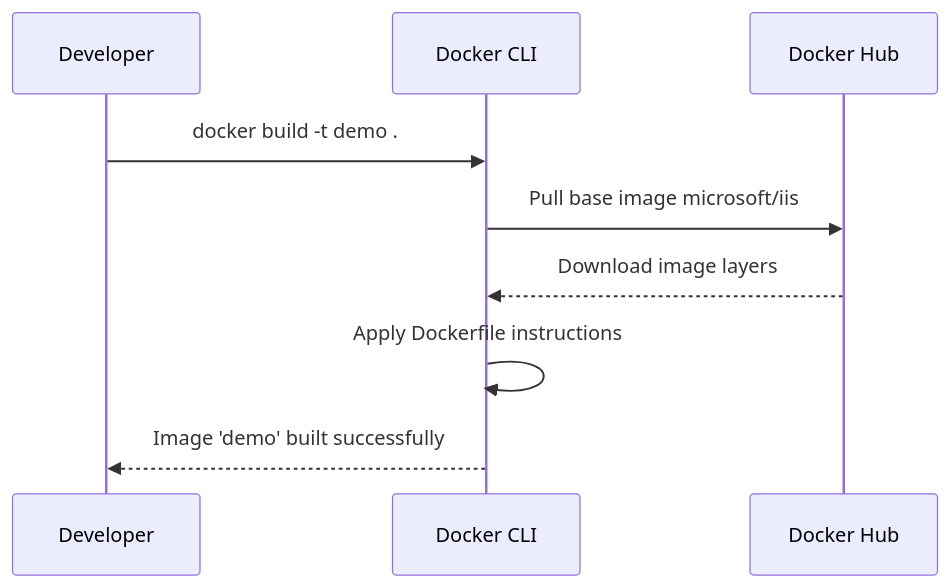
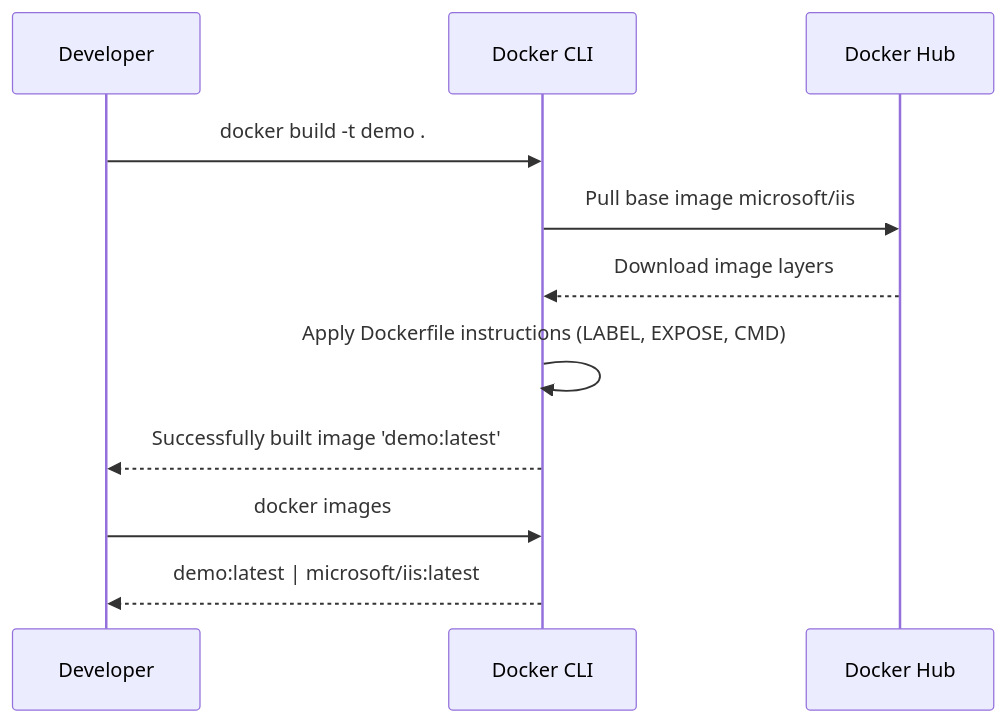
One commit to ajeetchouksey/ajch_platform changed the sixth of 9 diagrams in public/content/blog/posts/docker-3.md. Above: the diagram before and after it, drawn with Mermaid. The commit also changed other lines of this file and 3 other files, not shown here.

````diff
--- a/public/content/blog/posts/docker-3.md
+++ b/public/content/blog/posts/docker-3.md
@@ -171,11 +168,13 @@
 ```mermaid
 sequenceDiagram
   participant Dev as Developer
   participant CLI as Docker CLI
   participant DH as Docker Hub
   Dev->>CLI: docker build -t demo .
   CLI->>DH: Pull base image microsoft/iis
   DH-->>CLI: Download image layers
-  CLI->>CLI: Apply Dockerfile instructions
-  CLI-->>Dev: Image 'demo' built successfully
+  CLI->>CLI: Apply Dockerfile instructions (LABEL, EXPOSE, CMD)
+  CLI-->>Dev: Successfully built image 'demo:latest'
+  Dev->>CLI: docker images
+  CLI-->>Dev: demo:latest | microsoft/iis:latest
 ```
````
